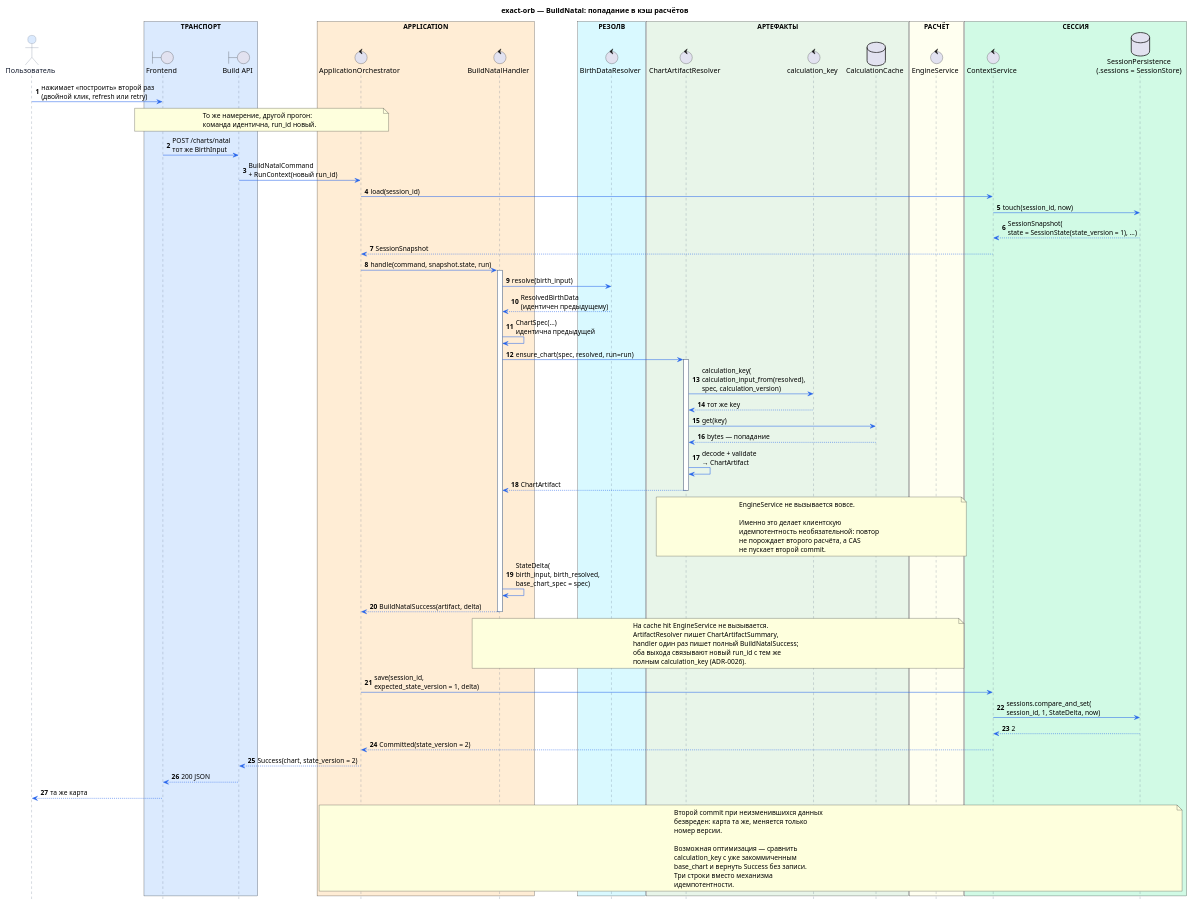
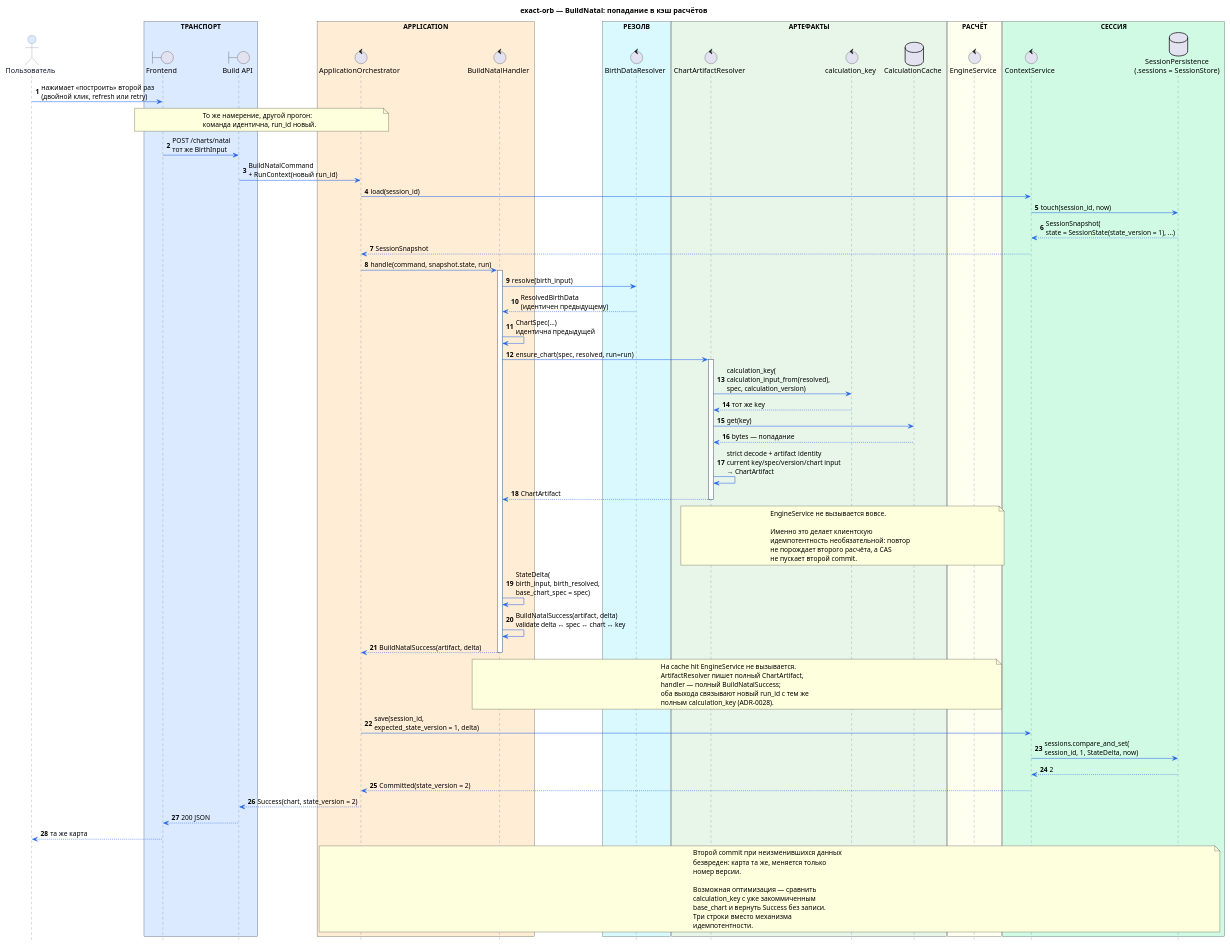
Before and after one commit to ksenia-baranova/exact-orb-demo: the diagram in docs/sequence_diagrams/build_natal/002-build_natal_cache_hit.puml, drawn with PlantUML. The commit also changed 24 other files, not shown here.

First line of the commit message:
docs: align chart identity and debug logging

```diff
--- a/docs/sequence_diagrams/build_natal/002-build_natal_cache_hit.puml
+++ b/docs/sequence_diagrams/build_natal/002-build_natal_cache_hit.puml
@@ -1,147 +1,148 @@
 @startuml
 title exact-orb — BuildNatal: попадание в кэш расчётов
 
 ' Повторный запрос с теми же данными: спека и ResolvedBirthData совпадают,
 ' значит совпадает calculation_key. Движок не вызывается.
 
 autonumber
 hide footbox
 
 skinparam shadowing false
 skinparam responseMessageBelowArrow true
 
 skinparam sequence {
     ArrowColor #2563EB
     LifeLineBorderColor #64748B
     LifeLineBackgroundColor #FFFFFF
 
     ParticipantBorderColor #64748B
     ParticipantFontColor #0F172A
     ParticipantBackgroundColor #F8FAFC
 
     ActorBorderColor #64748B
     ActorFontColor #0F172A
     ActorBackgroundColor #DBEAFE
 
     GroupBorderColor #94A3B8
     GroupHeaderFontColor #1E293B
 
     DividerBorderColor #94A3B8
     DividerFontColor #1E293B
 
     NoteBorderColor #94A3B8
     NoteBackgroundColor #FFFBEA
     NoteFontColor #334155
 }
 
 actor "Пользователь" as User
 
 box "ТРАНСПОРТ" #DBEAFE
     boundary "Frontend" as FE
     boundary "Build API" as API
 end box
 
 box "APPLICATION" #FFEDD5
     control "ApplicationOrchestrator" as Orch
     control "BuildNatalHandler" as Handler
 end box
 
 box "РЕЗОЛВ" #D9F9FF
     control "BirthDataResolver" as Resolver
 end box
 
 box "АРТЕФАКТЫ" #E8F5E9
     control "ChartArtifactResolver" as Artifacts
     control "calculation_key" as Keys
     database "CalculationCache" as Cache
 end box
 
 box "РАСЧЁТ" #FFFFF0
     control "EngineService" as Engine
 end box
 
 box "СЕССИЯ" #D1FAE5
     control "ContextService" as Context
     database "SessionPersistence\n(.sessions = SessionStore)" as Store
 end box
 
 
 User -> FE : нажимает «построить» второй раз\n(двойной клик, refresh или retry)
 
 note over FE, Orch
 То же намерение, другой прогон:
 команда идентична, run_id новый.
 end note
 FE -> API : POST /charts/natal\nтот же BirthInput
 API -> Orch : BuildNatalCommand\n+ RunContext(новый run_id)
 
 Orch -> Context : load(session_id)
 Context -> Store : touch(session_id, now)
 Store --> Context : SessionSnapshot(\nstate = SessionState(state_version = 1), ...)
 Context --> Orch : SessionSnapshot
 
 Orch -> Handler : handle(command, snapshot.state, run)
 activate Handler
 
 Handler -> Resolver : resolve(birth_input)
 Resolver --> Handler : ResolvedBirthData\n(идентичен предыдущему)
 
 Handler -> Handler : ChartSpec(...)\nидентична предыдущей
 
 Handler -> Artifacts : ensure_chart(spec, resolved, run=run)
 activate Artifacts
 
 Artifacts -> Keys : calculation_key(\ncalculation_input_from(resolved),\nspec, calculation_version)
 Keys --> Artifacts : тот же key
 
 Artifacts -> Cache : get(key)
 Cache --> Artifacts : bytes — попадание
-Artifacts -> Artifacts : decode + validate\n→ ChartArtifact
+Artifacts -> Artifacts : strict decode + artifact identity\ncurrent key/spec/version/chart input\n→ ChartArtifact
 
 Artifacts --> Handler : ChartArtifact
 deactivate Artifacts
 
 note over Artifacts, Engine
 EngineService не вызывается вовсе.
 
 Именно это делает клиентскую
 идемпотентность необязательной: повтор
 не порождает второго расчёта, а CAS
 не пускает второй commit.
 end note
 
 Handler -> Handler : StateDelta(\nbirth_input, birth_resolved,\nbase_chart_spec = spec)
+Handler -> Handler : BuildNatalSuccess(artifact, delta)\nvalidate delta ↔ spec ↔ chart ↔ key
 
 Handler --> Orch : BuildNatalSuccess(artifact, delta)
 deactivate Handler
 
 note over Handler, Engine
 На cache hit EngineService не вызывается.
-ArtifactResolver пишет ChartArtifactSummary,
-handler один раз пишет полный BuildNatalSuccess;
+ArtifactResolver пишет полный ChartArtifact,
+handler — полный BuildNatalSuccess;
 оба выхода связывают новый run_id с тем же
-полным calculation_key (ADR-0026).
+полным calculation_key (ADR-0028).
 end note
 
 Orch -> Context : save(session_id,\nexpected_state_version = 1, delta)
 Context -> Store : sessions.compare_and_set(\nsession_id, 1, StateDelta, now)
 Store --> Context : 2
 Context --> Orch : Committed(state_version = 2)
 
 Orch --> API : Success(chart, state_version = 2)
 API --> FE : 200 JSON
 FE --> User : та же карта
 
 note over Orch, Store
 Второй commit при неизменившихся данных
 безвреден: карта та же, меняется только
 номер версии.
 
 Возможная оптимизация — сравнить
 calculation_key с уже закоммиченным
 base_chart и вернуть Success без записи.
 Три строки вместо механизма
 идемпотентности.
 end note
 
 @enduml
```
